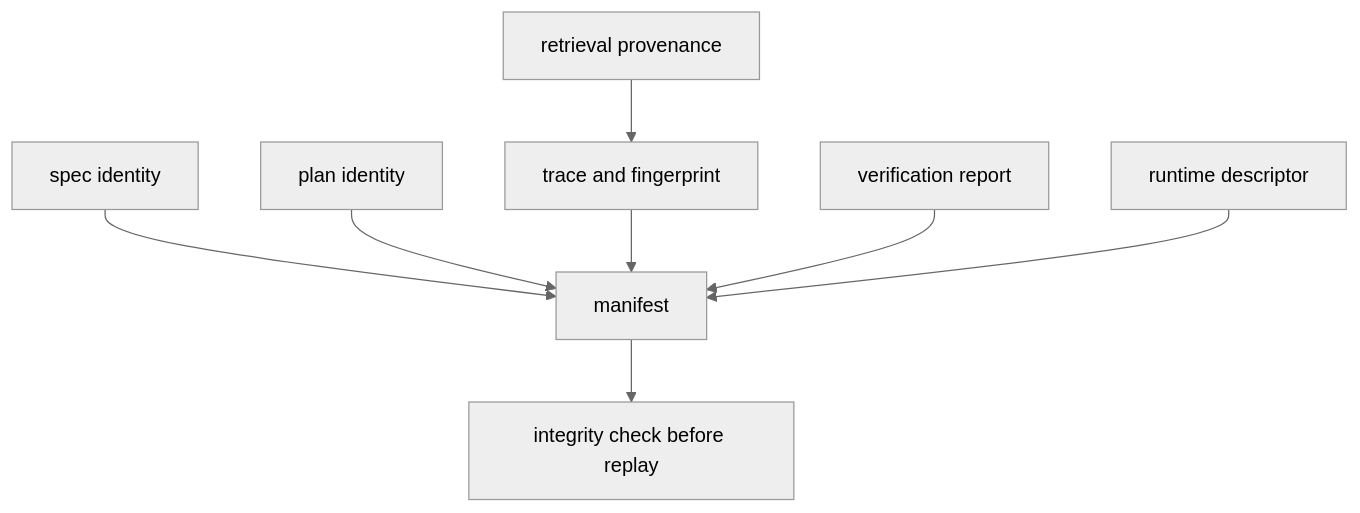
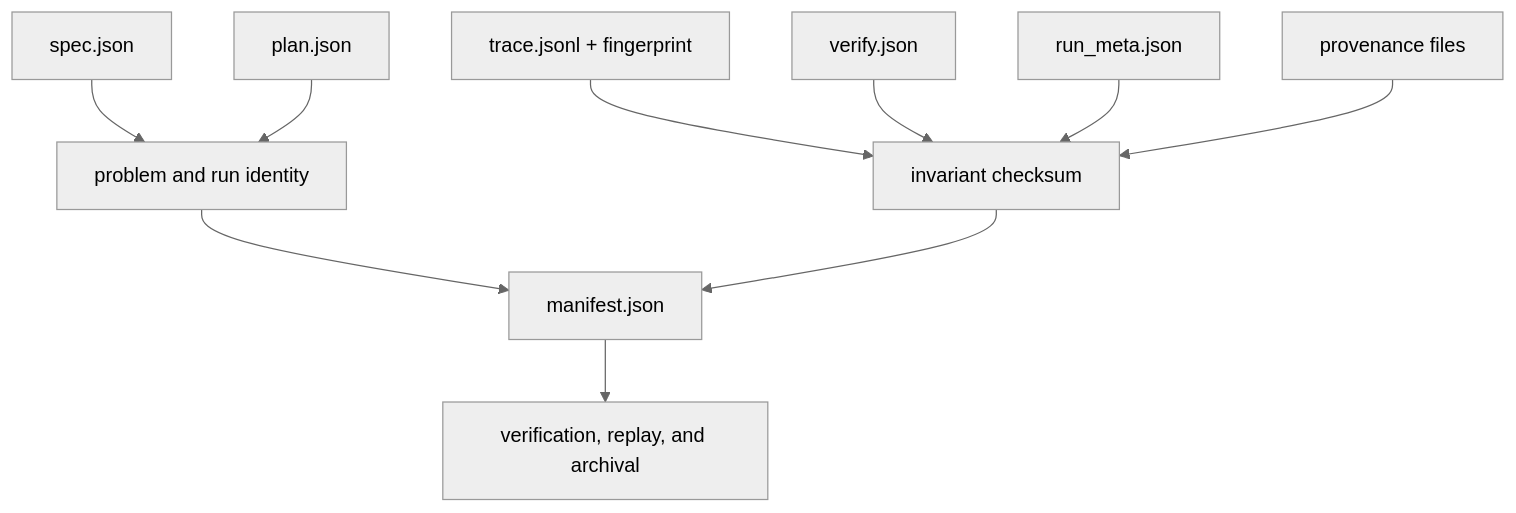
Before and after one commit to bijux/bijux-canon: the first of 2 diagrams in docs/04-bijux-canon-reason/architecture/state-and-persistence.md, drawn with Mermaid (neutral theme). The commit also changed other lines of this file and 1 other file, not shown here.

````diff
--- a/docs/04-bijux-canon-reason/architecture/state-and-persistence.md
+++ b/docs/04-bijux-canon-reason/architecture/state-and-persistence.md
@@ -60,10 +44,12 @@
 ```mermaid
 flowchart TD
-    spec["spec identity"] --> manifest["manifest"]
-    plan["plan identity"] --> manifest
-    trace["trace and fingerprint"] --> manifest
-    verify["verification report"] --> manifest
-    runtime["runtime descriptor"] --> manifest
-    provenance["retrieval provenance"] --> trace
-    manifest --> replay["integrity check before replay"]
+    spec["spec.json"] --> identity["problem and run identity"]
+    plan["plan.json"] --> identity
+    trace["trace.jsonl + fingerprint"] --> invariant["invariant checksum"]
+    verify["verify.json"] --> invariant
+    runtime["run_meta.json"] --> invariant
+    provenance["provenance files"] --> invariant
+    identity --> manifest["manifest.json"]
+    invariant --> manifest
+    manifest --> consumer["verification, replay, and archival"]
 ```
````
